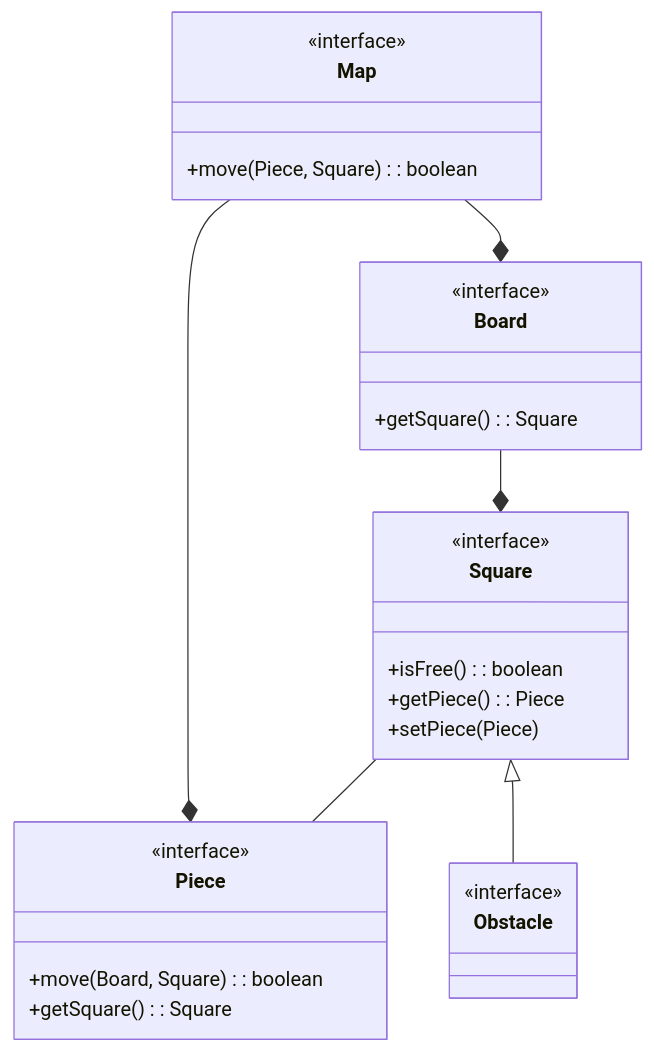
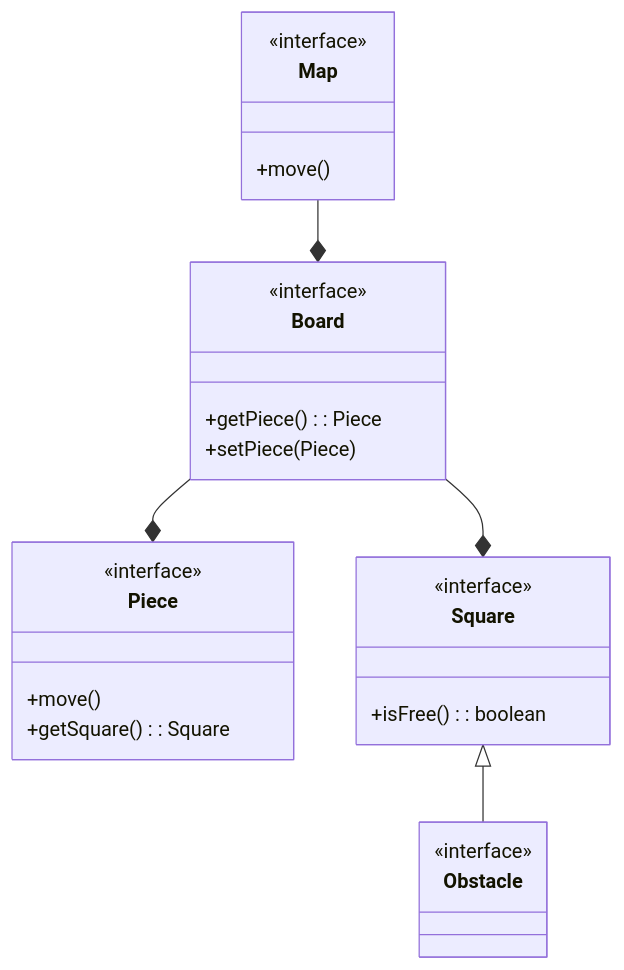
One commit to alessandroArrighi/pss23-24-ChessGravity-Arrighi changed the first of 4 diagrams in README.md. Above: the diagram before and after it, drawn with Mermaid.

Commit message:
Update domain diagram

````diff
--- a/README.md
+++ b/README.md
@@ -43,35 +43,33 @@
 ```mermaid
 classDiagram
 
 class Map {
-    +move(Piece, Square): boolean
+    +move()
 }
 <<interface>> Map
 
 class Piece {
-    +move(Board, Square): boolean
+    +move()
     +getSquare(): Square
 }
 <<interface>> Piece
 
 class Board {
-    +getSquare(): Square
+    +getPiece(): Piece
+    +setPiece(Piece)
 }
 <<interface>> Board
 
 class Square {
     +isFree(): boolean
-    +getPiece(): Piece
-    +setPiece(Piece)
 }
 <<interface>> Square
 
 class Obstacle
 <<interface>> Obstacle
 
-Square -- Piece
+Board --* Piece
 Map --* Board
-Map --* Piece
 Board --* Square
 Square <|-- Obstacle
 ```
````
